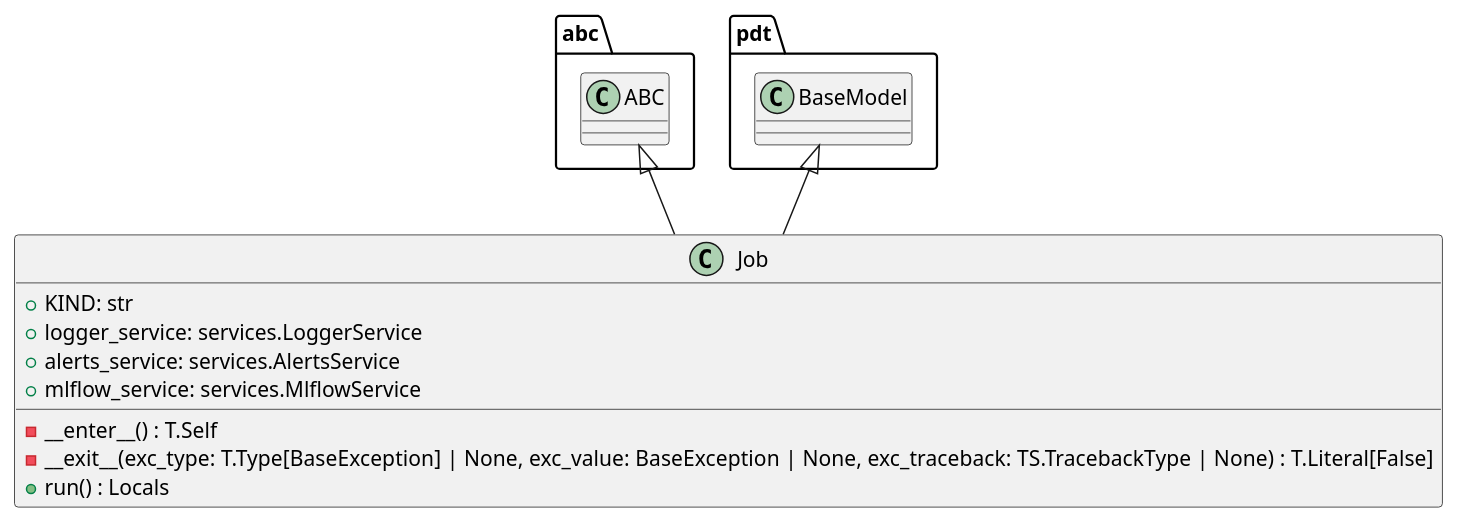
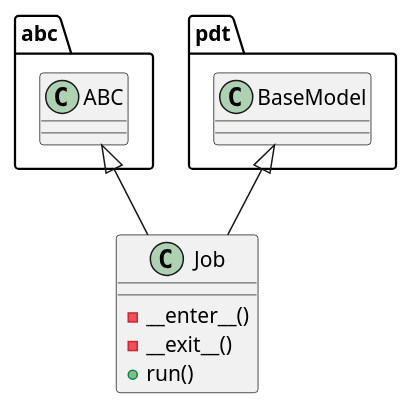
One commit to lgcorzo/llmops-python-package changed the diagram in openwiki/src/autogen_team/application/jobs/base.md. Above: the diagram before and after it, drawn with PlantUML. The commit also changed other lines of this file and 77 other files, not shown here.

````diff
--- a/openwiki/src/autogen_team/application/jobs/base.md
+++ b/openwiki/src/autogen_team/application/jobs/base.md
@@ -51,15 +119,11 @@
 ```plantuml
 @startuml
-    abc.ABC <|-- Job
-    pdt.BaseModel <|-- Job
-    class Job {
-        +KIND: str
-        +logger_service: services.LoggerService
-        +alerts_service: services.AlertsService
-        +mlflow_service: services.MlflowService
-        -__enter__() : T.Self
-        -__exit__(exc_type: T.Type[BaseException] | None, exc_value: BaseException | None, exc_traceback: TS.TracebackType | None) : T.Literal[False]
-        +run() : Locals
-    }
+class Job {
+  - __enter__()
+  - __exit__()
+  + run()
+}
+abc.ABC <|-- Job
+pdt.BaseModel <|-- Job
 @enduml
 ```
````
